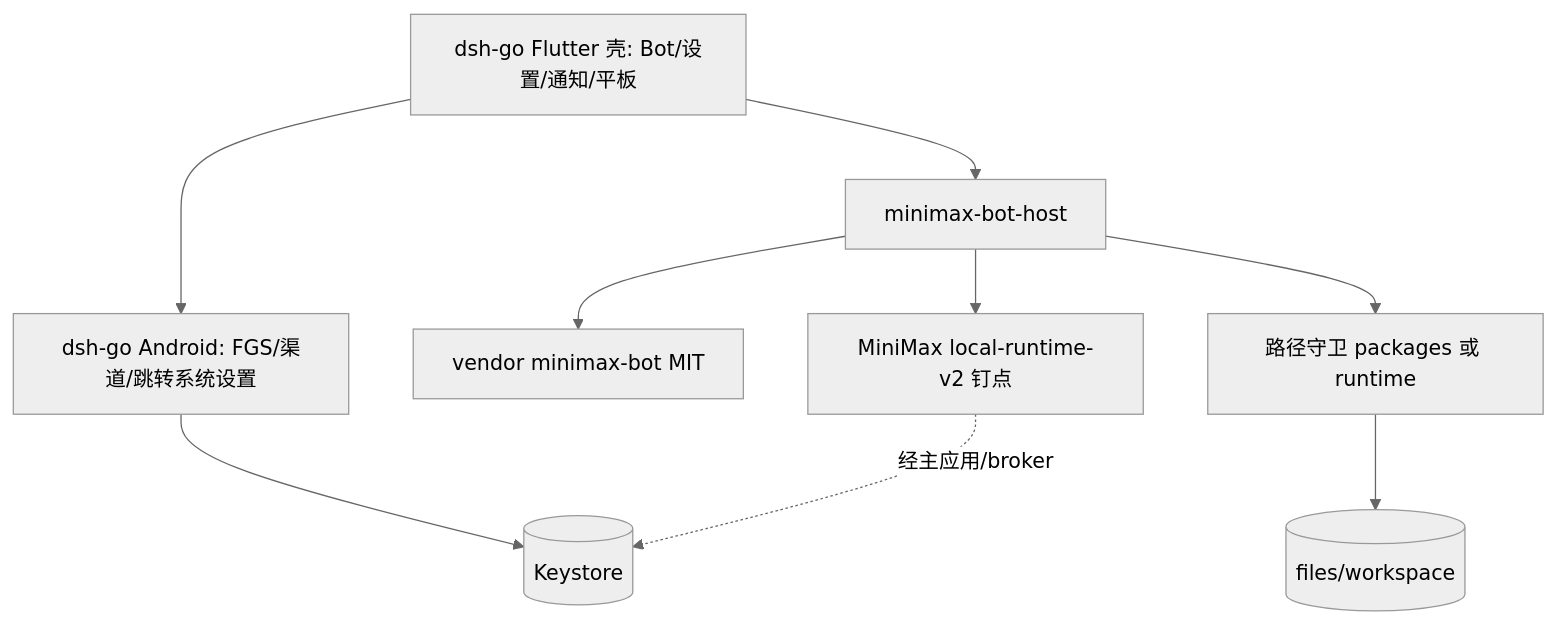
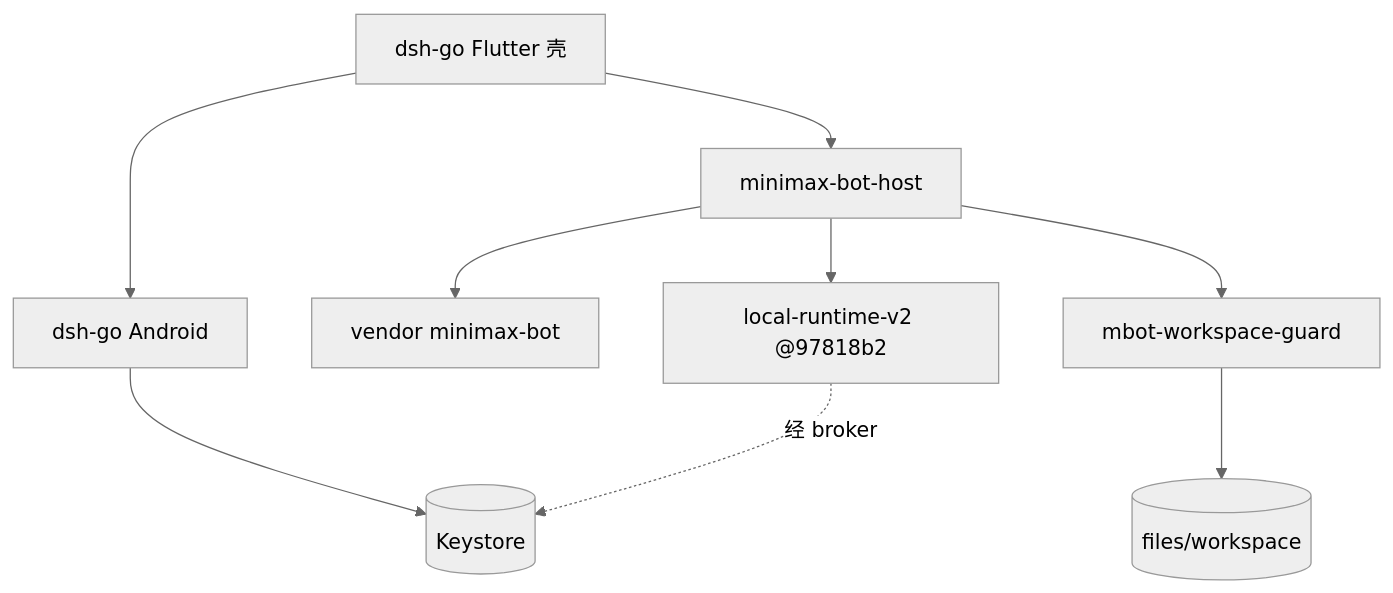
One commit to Wzdhehe/minimax-bot-android changed the diagram in docs/architecture.md. Above: the diagram before and after it, drawn with Mermaid (neutral theme). The commit also changed other lines of this file and 5 other files, not shown here.

Commit message:
docs: 架构任务卡与验收标准（供 MiniMax Code 开发）

````diff
--- a/docs/architecture.md
+++ b/docs/architecture.md
@@ -53,19 +36,18 @@
 ```mermaid
 flowchart TB
-  UI[dsh-go Flutter 壳: Bot/设置/通知/平板]
-  Native[dsh-go Android: FGS/渠道/跳转系统设置]
+  UI[dsh-go Flutter 壳]
+  Native[dsh-go Android]
   Host[minimax-bot-host]
-  Bot[vendor minimax-bot MIT]
-  RT[MiniMax local-runtime-v2 钉点]
-  SB[路径守卫 packages 或 runtime]
+  Bot[vendor minimax-bot]
+  RT[local-runtime-v2 @97818b2]
+  SB[mbot-workspace-guard]
   WS[(files/workspace)]
   Key[(Keystore)]
-
   UI --> Native
   UI --> Host
   Host --> Bot
   Host --> RT
   Host --> SB --> WS
   Native --> Key
-  RT -.->|经主应用/broker| Key
+  RT -.->|经 broker| Key
 ```
````
